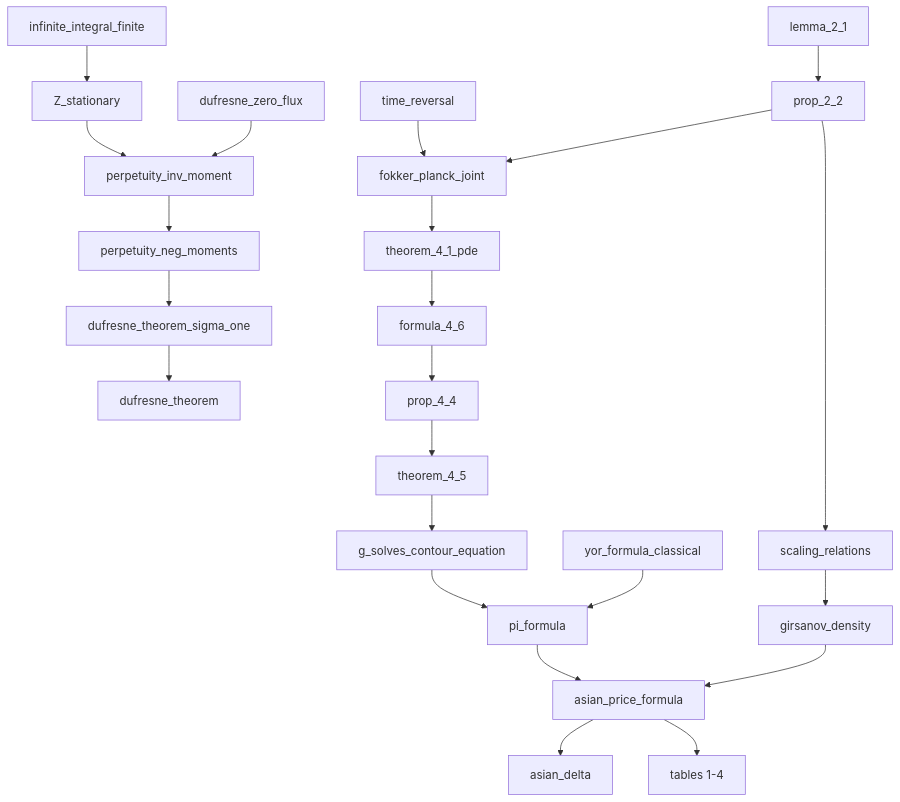
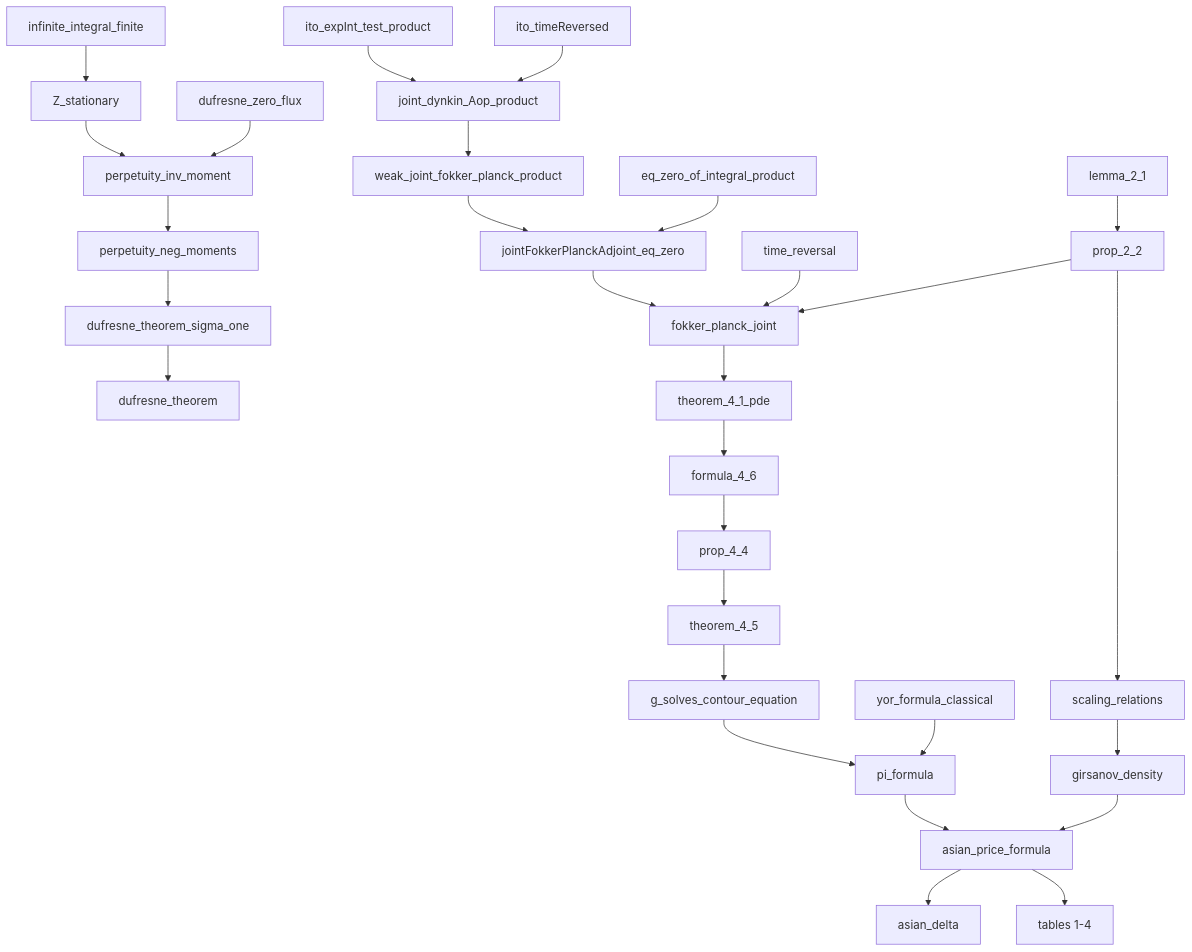
The diagram in HOLES.md (catskillsresearch/lyasoff2016), drawn with Mermaid before and after one commit. The commit also changed other lines of this file and 6 other files, not shown here.

````diff
--- a/HOLES.md
+++ b/HOLES.md
@@ -86,25 +95,31 @@
 ```mermaid
 flowchart TD
   L2[lemma_2_1] --> P22[prop_2_2]
   P22 --> Scale[scaling_relations]
   Scale --> Gir[girsanov_density]
   Inf[infinite_integral_finite] --> Z[Z_stationary]
   Z --> Inv[perpetuity_inv_moment]
   ZF[dufresne_zero_flux] --> Inv
   Inv --> Neg[perpetuity_neg_moments]
   Neg --> D1[dufresne_theorem_sigma_one]
   D1 --> D[dufresne_theorem]
-  TR[time_reversal] --> FP[fokker_planck_joint]
+  ItoA[ito_expInt_test_product] --> Dyn[joint_dynkin_Aop_product]
+  ItoB[ito_timeReversed] --> Dyn
+  Dyn --> Weak[weak_joint_fokker_planck_product]
+  Weak --> Adj[jointFokkerPlanckAdjoint_eq_zero]
+  Fund[eq_zero_of_integral_product] --> Adj
+  Adj --> FP[fokker_planck_joint]
+  TR[time_reversal] --> FP
   P22 --> FP
   FP --> T41[theorem_4_1_pde]
   T41 --> F46[formula_4_6]
   F46 --> P44[prop_4_4]
   P44 --> T45[theorem_4_5]
   T45 --> G[g_solves_contour_equation]
   G --> Pi[pi_formula]
   YorC[yor_formula_classical] --> Pi
   Pi --> Asian[asian_price_formula]
   Gir --> Asian
   Asian --> Delta[asian_delta]
   Asian --> T1[tables 1-4]
 ```
````
